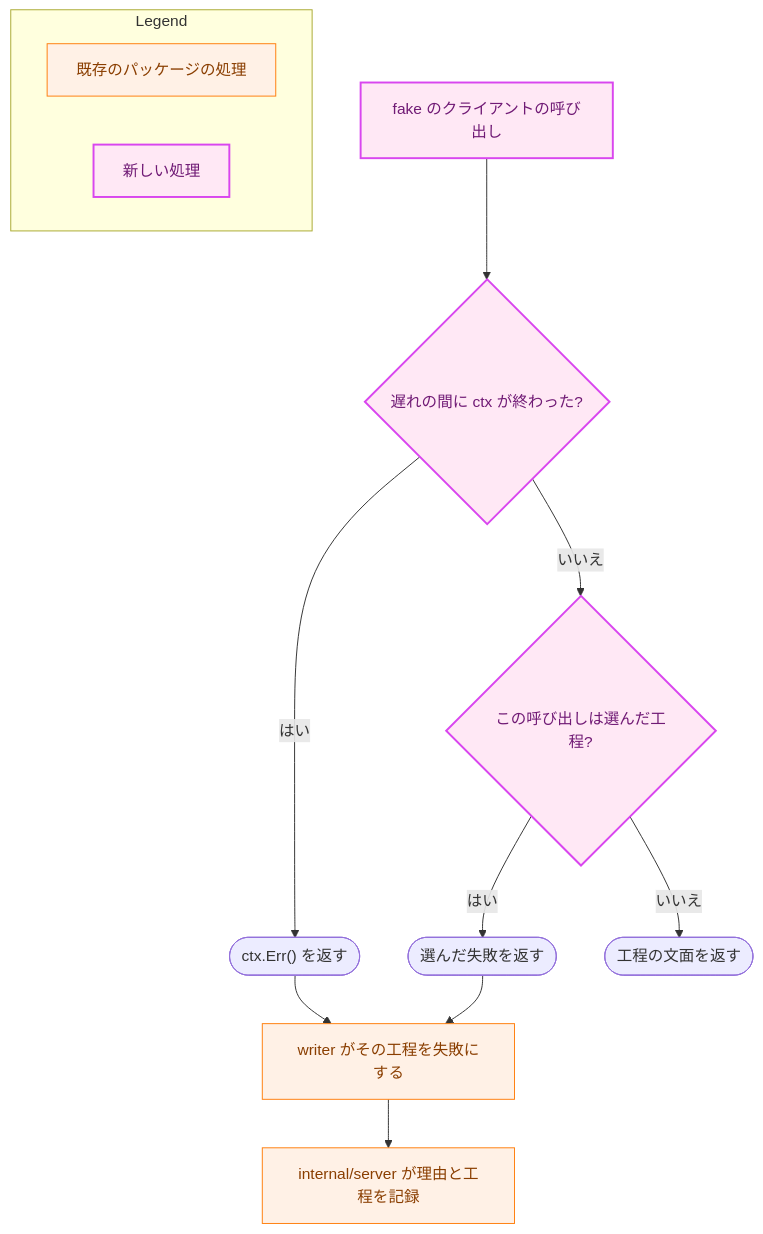
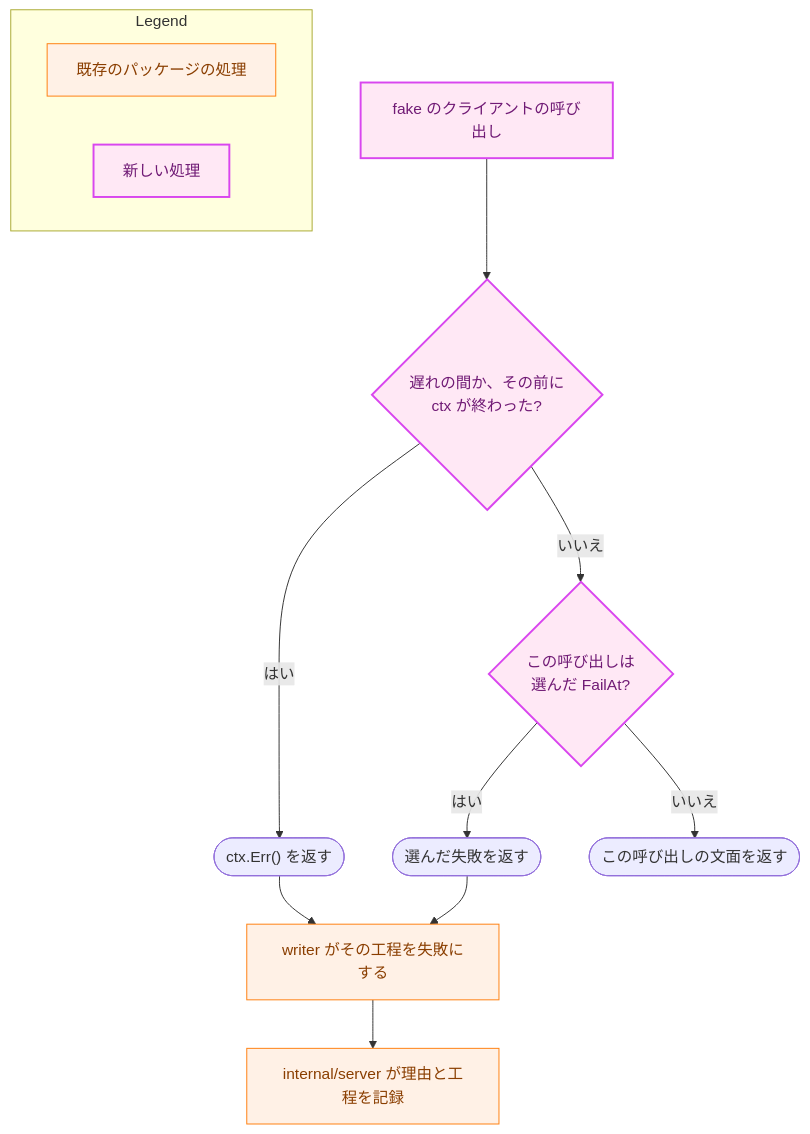
The sixth of 6 diagrams in docs/tasks/0086_dev_fake_llm_server/02_architecture.md (isseis/yt2column), drawn with Mermaid before and after one commit. The commit also changed other lines of this file and 1 other file, not shown here.

First line of the commit message:
docs(0086): address the architecture review and the Japanese prose pass

````diff
--- a/docs/tasks/0086_dev_fake_llm_server/02_architecture.md
+++ b/docs/tasks/0086_dev_fake_llm_server/02_architecture.md
@@ -498,24 +528,24 @@
 ```mermaid
 flowchart TD
     classDef process fill:#fff1e6,stroke:#ff7f0e,stroke-width:1px,color:#8a3e00;
     classDef newpkg fill:#ffe8f5,stroke:#d946ef,stroke-width:2px,color:#701a75;
 
-    CALL["fake のクライアントの呼び出し"] --> WAIT{"遅れの間に ctx が終わった?"}
+    CALL["fake のクライアントの呼び出し"] --> WAIT{"遅れの間か、その前に<br>ctx が終わった?"}
     WAIT -->|"はい"| CTXERR(["ctx.Err() を返す"])
-    WAIT -->|"いいえ"| FAILSTEP{"この呼び出しは選んだ工程?"}
+    WAIT -->|"いいえ"| FAILSTEP{"この呼び出しは<br>選んだ FailAt?"}
     FAILSTEP -->|"はい"| FAIL(["選んだ失敗を返す"])
-    FAILSTEP -->|"いいえ"| OK(["工程の文面を返す"])
+    FAILSTEP -->|"いいえ"| OK(["この呼び出しの文面を返す"])
     FAIL --> WR["writer がその工程を失敗にする"]
     CTXERR --> WR
     WR --> SRV["internal/server が理由と工程を記録"]
 
     class CALL,WAIT,FAILSTEP newpkg
     class WR,SRV process
 
     subgraph Legend["Legend"]
         L1["既存のパッケージの処理"]
         L2["新しい処理"]
     end
     class L1 process
     class L2 newpkg
 ```
````
